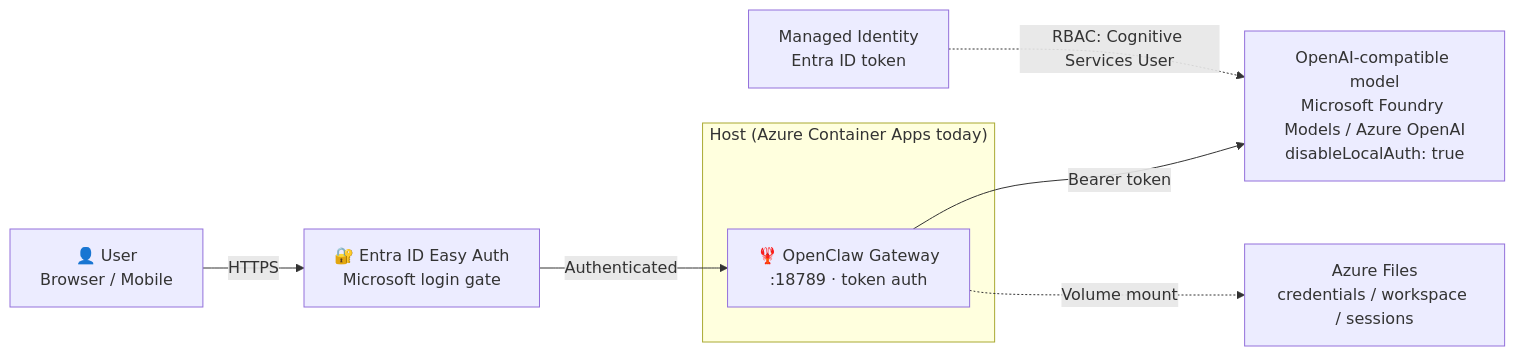
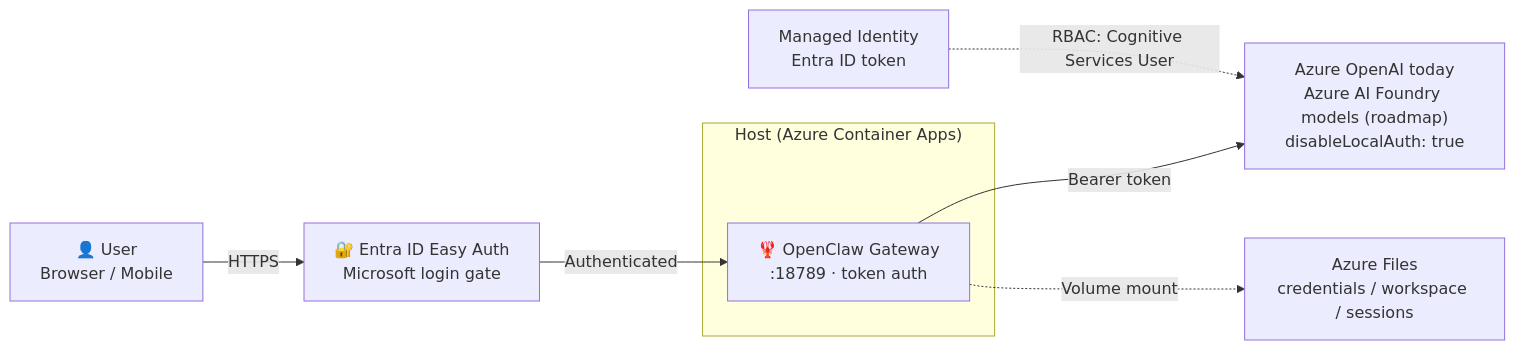
Before and after one commit to microsoft/openclaw-dev: the diagram in README.md, drawn with Mermaid. The commit also changed other lines of this file and 2 other files, not shown here.

Commit message:
docs: rewrite README for openclaw-dev (dev/test, single-tenant, Azure OpenAI + Foundry roadmap); rename msftclaw CLI to devclaw

````diff
--- a/README.md
+++ b/README.md
@@ -91,17 +103,17 @@
 ```mermaid
 graph LR
     User["👤 User<br/>Browser / Mobile"]
     EasyAuth["🔐 Entra ID Easy Auth<br/>Microsoft login gate"]
-    subgraph Host["Host (Azure Container Apps today)"]
+    subgraph Host["Host (Azure Container Apps)"]
         GW["🦞 OpenClaw Gateway<br/>:18789 · token auth"]
     end
-    AOAI["OpenAI-compatible model<br/>Microsoft Foundry Models / Azure OpenAI<br/>disableLocalAuth: true"]
+    AOAI["Azure OpenAI today<br/>Azure AI Foundry models (roadmap)<br/>disableLocalAuth: true"]
     MI["Managed Identity<br/>Entra ID token"]
     AF["Azure Files<br/>credentials / workspace / sessions"]
 
     User -->|"HTTPS"| EasyAuth
     EasyAuth -->|"Authenticated"| GW
     GW -->|"Bearer token"| AOAI
     GW -.->|"Volume mount"| AF
     MI -.->|"RBAC: Cognitive Services User"| AOAI
 ```
````
